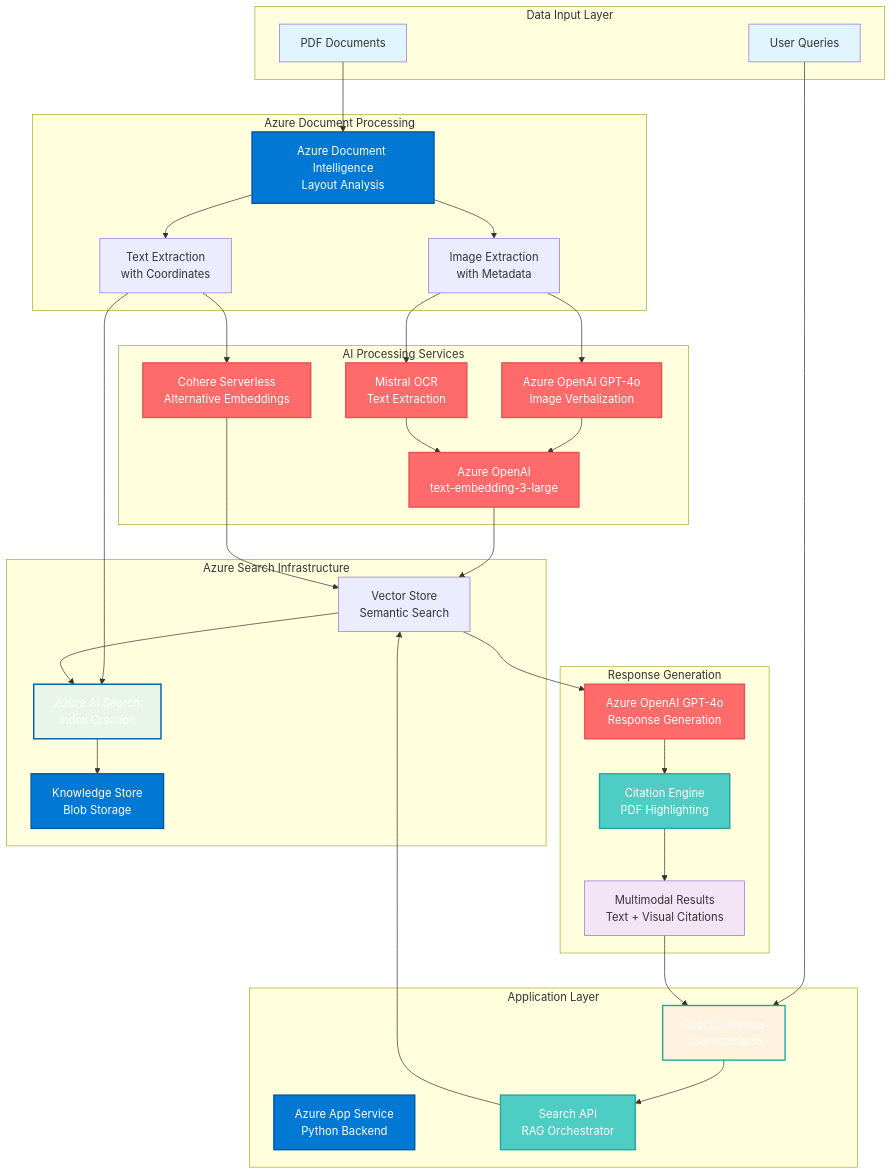
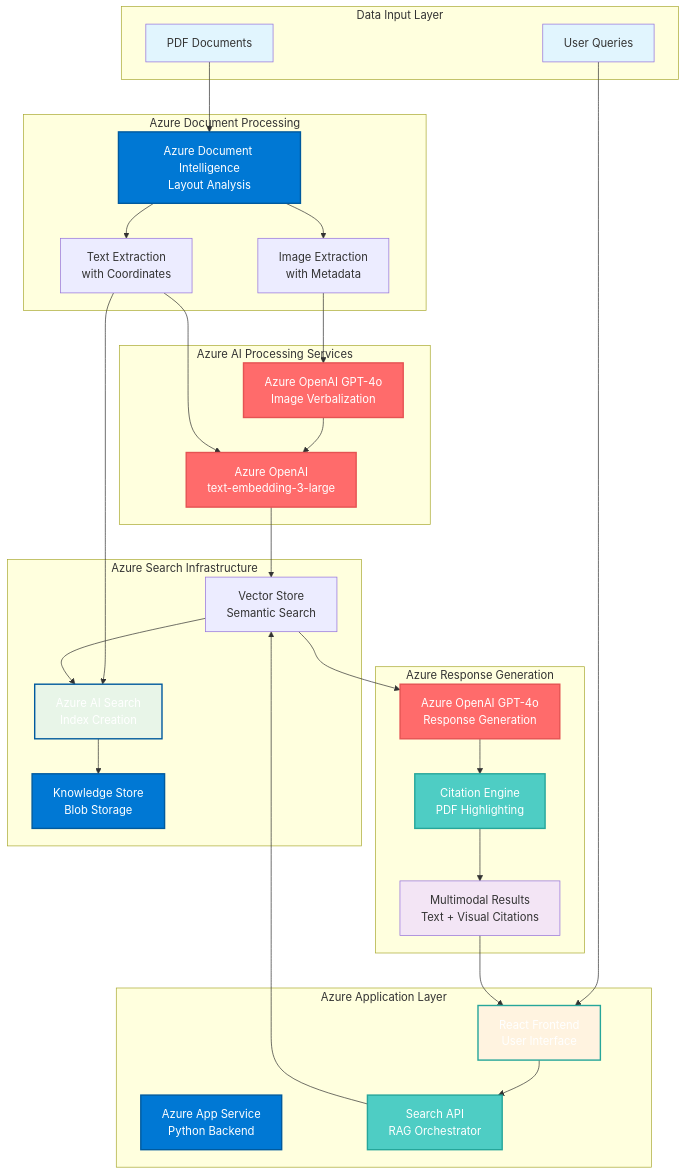
One commit to kingsbayanalytics/azure-ai-search-multimodal-sample changed the first of 8 diagrams in README.md. Above: the diagram before and after it, drawn with Mermaid. The commit also changed other lines of this file, not shown here.

Commit message:
updated end to end diagrams (pre- post changes)

````diff
--- a/README.md
+++ b/README.md
@@ -87,78 +87,73 @@
 ```mermaid
 flowchart TD
     subgraph "Data Input Layer"
         A[PDF Documents] 
         B[User Queries]
     end
     
     subgraph "Azure Document Processing"
         C[Azure Document Intelligence<br/>Layout Analysis]
         D[Text Extraction<br/>with Coordinates]
         E[Image Extraction<br/>with Metadata]
     end
     
-    subgraph "AI Processing Services"
+    subgraph "Azure AI Processing Services"
         F[Azure OpenAI GPT-4o<br/>Image Verbalization]
-        G[Mistral OCR<br/>Text Extraction]
-        H[Azure OpenAI<br/>text-embedding-3-large]
-        I[Cohere Serverless<br/>Alternative Embeddings]
+        G[Azure OpenAI<br/>text-embedding-3-large]
     end
     
     subgraph "Azure Search Infrastructure"
-        J[Azure AI Search<br/>Index Creation]
-        K[Vector Store<br/>Semantic Search]
-        L[Knowledge Store<br/>Blob Storage]
+        H[Azure AI Search<br/>Index Creation]
+        I[Vector Store<br/>Semantic Search]
+        J[Knowledge Store<br/>Blob Storage]
     end
     
-    subgraph "Application Layer"
-        M[Azure App Service<br/>Python Backend]
-        N[React Frontend<br/>User Interface]
-        O[Search API<br/>RAG Orchestrator]
+    subgraph "Azure Application Layer"
+        K[Azure App Service<br/>Python Backend]
+        L[React Frontend<br/>User Interface]
+        M[Search API<br/>RAG Orchestrator]
     end
     
-    subgraph "Response Generation"
-        P[Azure OpenAI GPT-4o<br/>Response Generation]
-        Q[Citation Engine<br/>PDF Highlighting]
-        R[Multimodal Results<br/>Text + Visual Citations]
+    subgraph "Azure Response Generation"
+        N[Azure OpenAI GPT-4o<br/>Response Generation]
+        O[Citation Engine<br/>PDF Highlighting]
+        P[Multimodal Results<br/>Text + Visual Citations]
     end
     
     %% Data Flow
     A --> C
     C --> D
     C --> E
-    D --> J
+    D --> H
     E --> F
-    E --> G
-    F --> H
-    G --> H
-    D --> I
-    H --> K
-    I --> K
-    K --> J
-    J --> L
+    F --> G
+    D --> G
+    G --> I
+    I --> H
+    H --> J
     
     %% Query Flow
-    B --> N
+    B --> L
+    L --> M
+    M --> I
+    I --> N
     N --> O
-    O --> K
-    K --> P
-    P --> Q
-    Q --> R
-    R --> N
+    O --> P
+    P --> L
     
     %% Styling
     style A fill:#e1f5fe
     style B fill:#e1f5fe
-    style J fill:#e8f5e8
-    style N fill:#fff3e0
-    style R fill:#f3e5f5
+    style H fill:#e8f5e8
+    style L fill:#fff3e0
+    style P fill:#f3e5f5
     
     %% Labels
     classDef azureService fill:#0078d4,stroke:#005a9e,stroke-width:2px,color:#fff
-    classDef aiService fill:#ff6b6b,stroke:#e55353,stroke-width:2px,color:#fff
-    classDef appService fill:#4ecdc4,stroke:#26a69a,stroke-width:2px,color:#fff
+    classDef azureAI fill:#ff6b6b,stroke:#e55353,stroke-width:2px,color:#fff
+    classDef azureApp fill:#4ecdc4,stroke:#26a69a,stroke-width:2px,color:#fff
     
-    class C,J,L,M azureService
-    class F,G,H,I,P aiService
-    class N,O,Q appService
+    class C,H,J,K azureService
+    class F,G,N azureAI
+    class L,M,O azureApp
 ```
````
